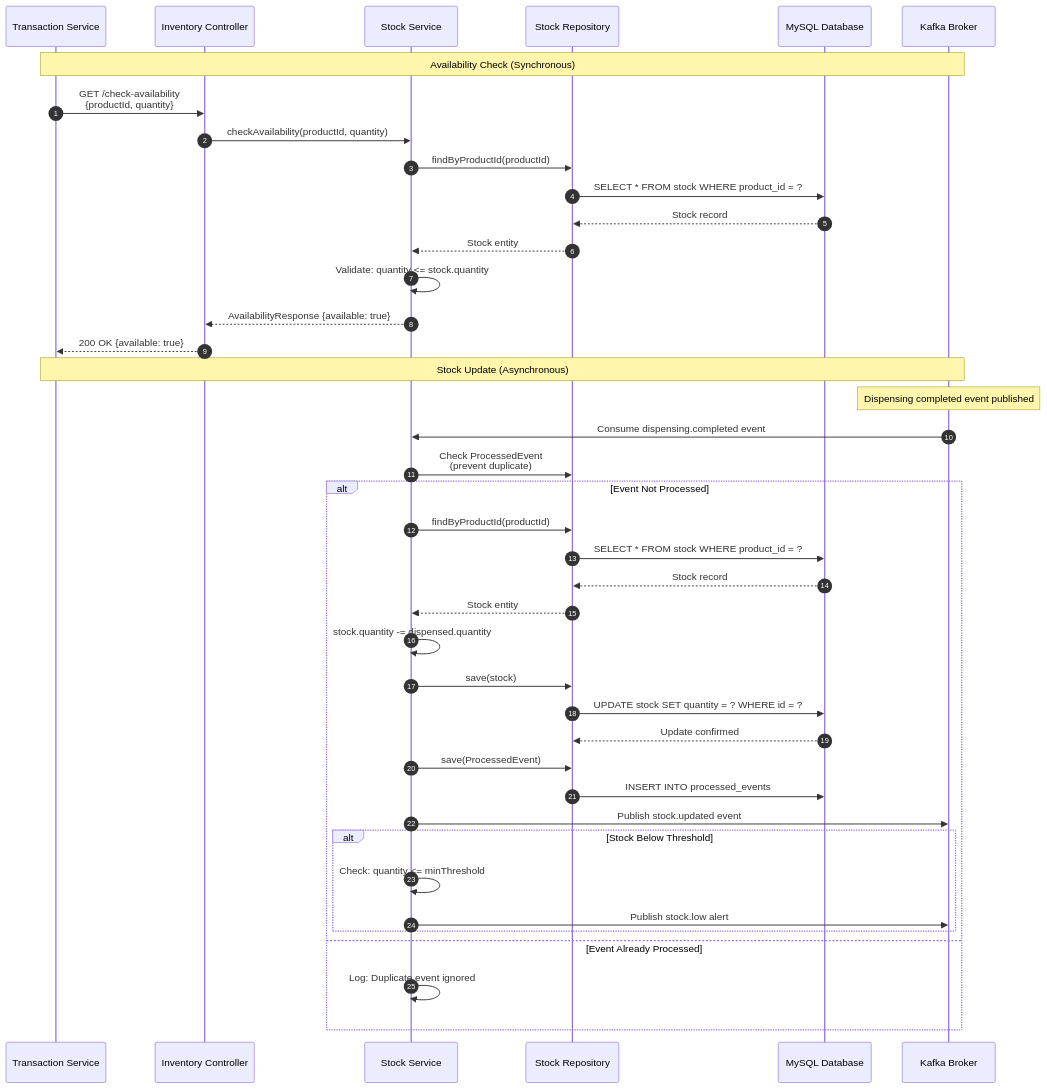
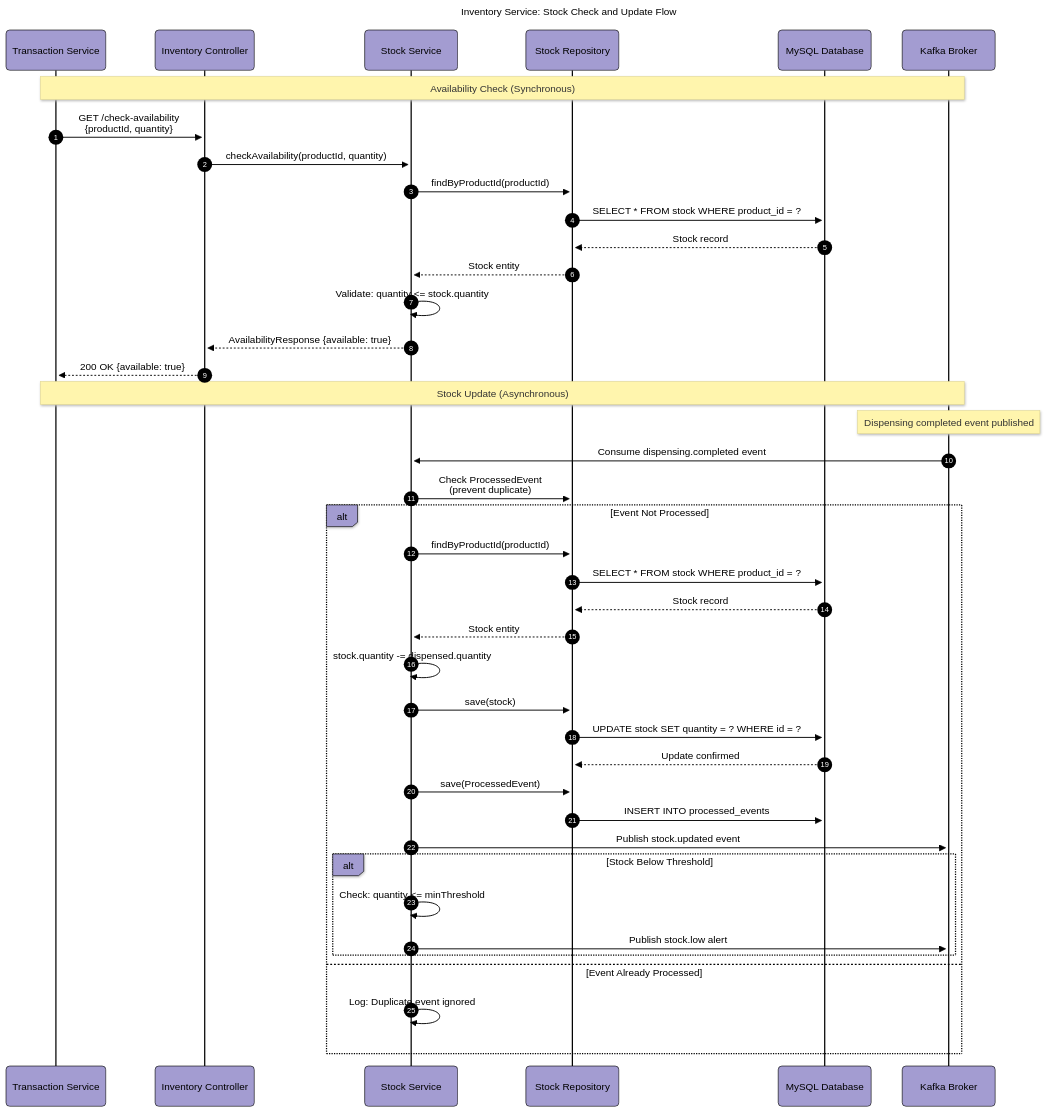
The seventh of 9 diagrams in Documentation/diagrams/inventory-service.md (BrunoGil-AS/Vending-Machine-Microservices), drawn with Mermaid before and after one commit. The commit also changed other lines of this file and 7 other files, not shown here.

Commit message:
docs: Update service diagrams with new configurations and titles

````diff
--- a/Documentation/diagrams/inventory-service.md
+++ b/Documentation/diagrams/inventory-service.md
@@ -419,50 +503,64 @@
 ```mermaid
+---
+config:
+  theme: base
+  themeVariables:
+    primaryColor: '#a39cd1ff'
+    primaryTextColor: '#000000'
+    secondaryTextColor: '#ffffffff'
+    primaryBorderColor: '#000000'
+    lineColor: '#000000ff'
+    secondaryColor: '#90b590ff'
+    tertiaryColor: '#f9f6a1ff'
+  look: neo
+title: 'Inventory Service: Stock Check and Update Flow'
+---
 sequenceDiagram
     autonumber
     participant Transaction as Transaction Service
     participant Controller as Inventory Controller
     participant Service as Stock Service
     participant Repo as Stock Repository
     participant DB as MySQL Database
     participant Kafka as Kafka Broker
 
     Note over Transaction,Kafka: Availability Check (Synchronous)
     Transaction->>Controller: GET /check-availability<br/>{productId, quantity}
     Controller->>Service: checkAvailability(productId, quantity)
     Service->>Repo: findByProductId(productId)
     Repo->>DB: SELECT * FROM stock WHERE product_id = ?
     DB-->>Repo: Stock record
     Repo-->>Service: Stock entity
     Service->>Service: Validate: quantity <= stock.quantity
     Service-->>Controller: AvailabilityResponse {available: true}
     Controller-->>Transaction: 200 OK {available: true}
 
     Note over Transaction,Kafka: Stock Update (Asynchronous)
     Note over Kafka: Dispensing completed event published
     Kafka->>Service: Consume dispensing.completed event
     Service->>Repo: Check ProcessedEvent<br/>(prevent duplicate)
 
     alt Event Not Processed
         Service->>Repo: findByProductId(productId)
         Repo->>DB: SELECT * FROM stock WHERE product_id = ?
         DB-->>Repo: Stock record
         Repo-->>Service: Stock entity
 
         Service->>Service: stock.quantity -= dispensed.quantity
         Service->>Repo: save(stock)
         Repo->>DB: UPDATE stock SET quantity = ? WHERE id = ?
         DB-->>Repo: Update confirmed
 
         Service->>Repo: save(ProcessedEvent)
         Repo->>DB: INSERT INTO processed_events
 
         Service->>Kafka: Publish stock.updated event
 
         alt Stock Below Threshold
             Service->>Service: Check: quantity <= minThreshold
             Service->>Kafka: Publish stock.low alert
         end
     else Event Already Processed
         Service->>Service: Log: Duplicate event ignored
     end
 ```
````
